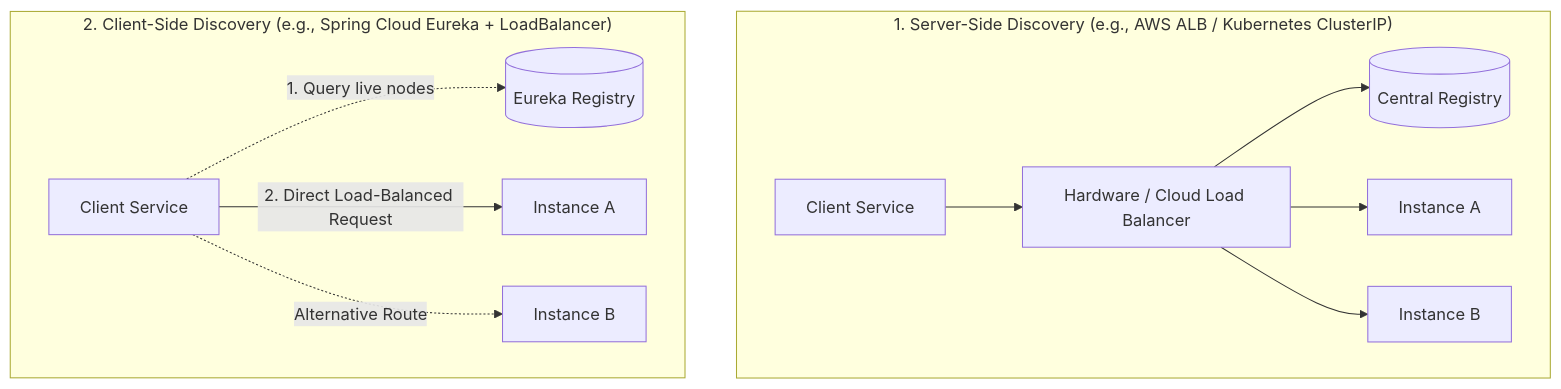
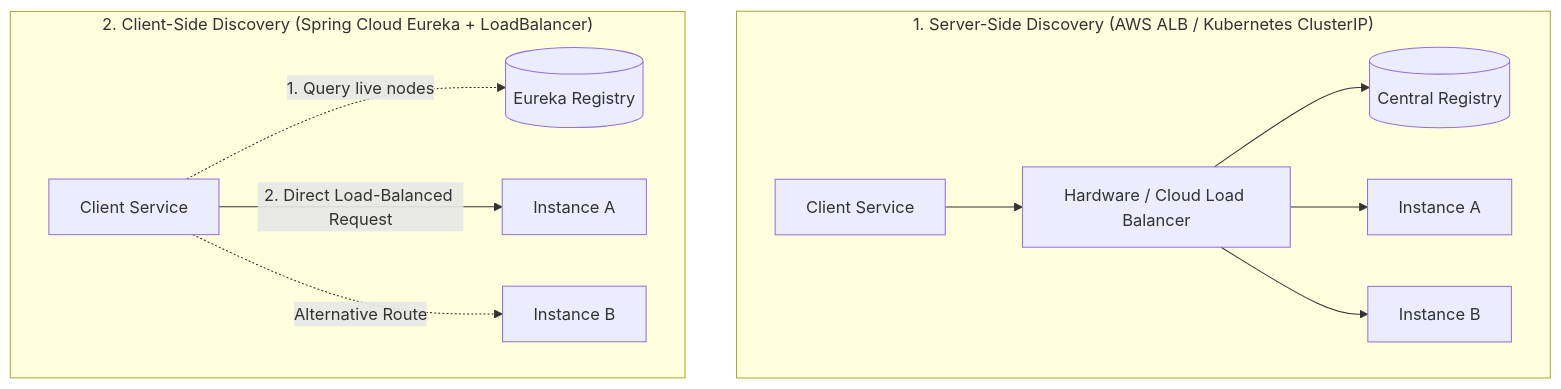
One commit to rohithgowda18/Notes changed the third of 9 diagrams in spring-boot-microservices-notes/03-service-discovery.md. Above: the diagram before and after it, drawn with Mermaid. The commit also changed other lines of this file, not shown here.

Commit message:
Expand 03-service-discovery with complete video guide: Startup registration lifecycle, in-memory registry, local cache delta scheduler, DiscoveryClient, heartbeats, eviction, and Feign load balancing internals

````diff
--- a/spring-boot-microservices-notes/03-service-discovery.md
+++ b/spring-boot-microservices-notes/03-service-discovery.md
@@ -50,15 +84,15 @@
 ```mermaid
 graph TD
-    subgraph ServerSide ["1. Server-Side Discovery (e.g., AWS ALB / Kubernetes ClusterIP)"]
+    subgraph ServerSide ["1. Server-Side Discovery (AWS ALB / Kubernetes ClusterIP)"]
         C1[Client Service] --> LB[Hardware / Cloud Load Balancer]
         LB --> R1[(Central Registry)]
         LB --> S1[Instance A]
         LB --> S2[Instance B]
     end
 
-    subgraph ClientSide ["2. Client-Side Discovery (e.g., Spring Cloud Eureka + LoadBalancer)"]
+    subgraph ClientSide ["2. Client-Side Discovery (Spring Cloud Eureka + LoadBalancer)"]
         C2[Client Service] -.->|1. Query live nodes| E[(Eureka Registry)]
         C2 -->|2. Direct Load-Balanced Request| S3[Instance A]
         C2 -.->|Alternative Route| S4[Instance B]
     end
 ```
````
